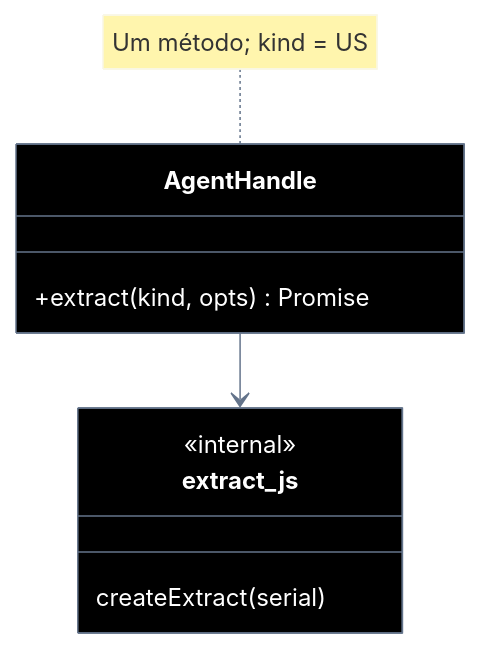
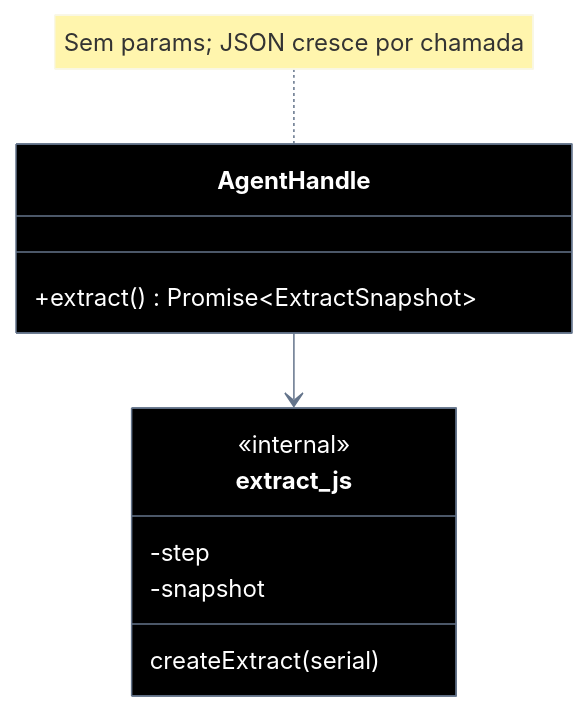
One commit to laerciogermano/workstation changed the second of 2 diagrams in connectmax/screen-robot/implementation-plan/EP-05-extrair-elementos.md. Above: the diagram before and after it, drawn with Mermaid. The commit also changed other lines of this file and 1 other file, not shown here.

First line of the commit message:
Define extract() sem parâmetros no EP-05; cada chamada incrementa o JSON de retorno.

````diff
--- a/connectmax/screen-robot/implementation-plan/EP-05-extrair-elementos.md
+++ b/connectmax/screen-robot/implementation-plan/EP-05-extrair-elementos.md
@@ -161,37 +183,39 @@
 ```mermaid
 ---
 config:
   theme: base
   themeVariables:
     darkMode: true
     background: '#000000'
     primaryColor: '#000000'
     primaryTextColor: '#ffffff'
     primaryBorderColor: '#64748b'
     secondaryColor: '#000000'
     secondaryTextColor: '#ffffff'
     secondaryBorderColor: '#64748b'
     tertiaryColor: '#000000'
     tertiaryTextColor: '#ffffff'
     tertiaryBorderColor: '#64748b'
     lineColor: '#64748b'
     textColor: '#ffffff'
     mainBkg: '#000000'
     nodeBorder: '#64748b'
     clusterBkg: '#000000'
     clusterBorder: '#333333'
     titleColor: '#ffffff'
     classText: '#ffffff'
 ---
 classDiagram
   direction TB
   class AgentHandle {
-    +extract(kind, opts) Promise
+    +extract() Promise~ExtractSnapshot~
   }
   class extract_js {
     <<internal>>
     createExtract(serial)
+    -step
+    -snapshot
   }
-  note for AgentHandle "Um método; kind = US"
+  note for AgentHandle "Sem params; JSON cresce por chamada"
   AgentHandle --> extract_js
 ```
````
